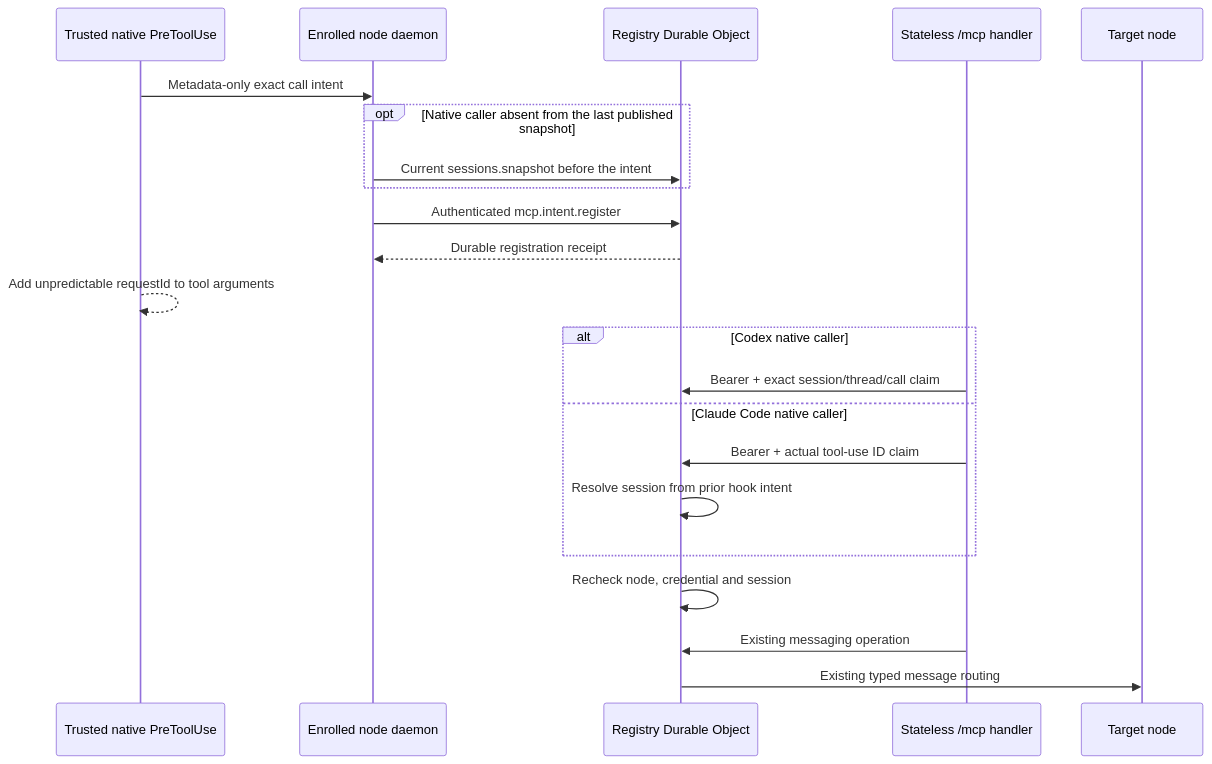
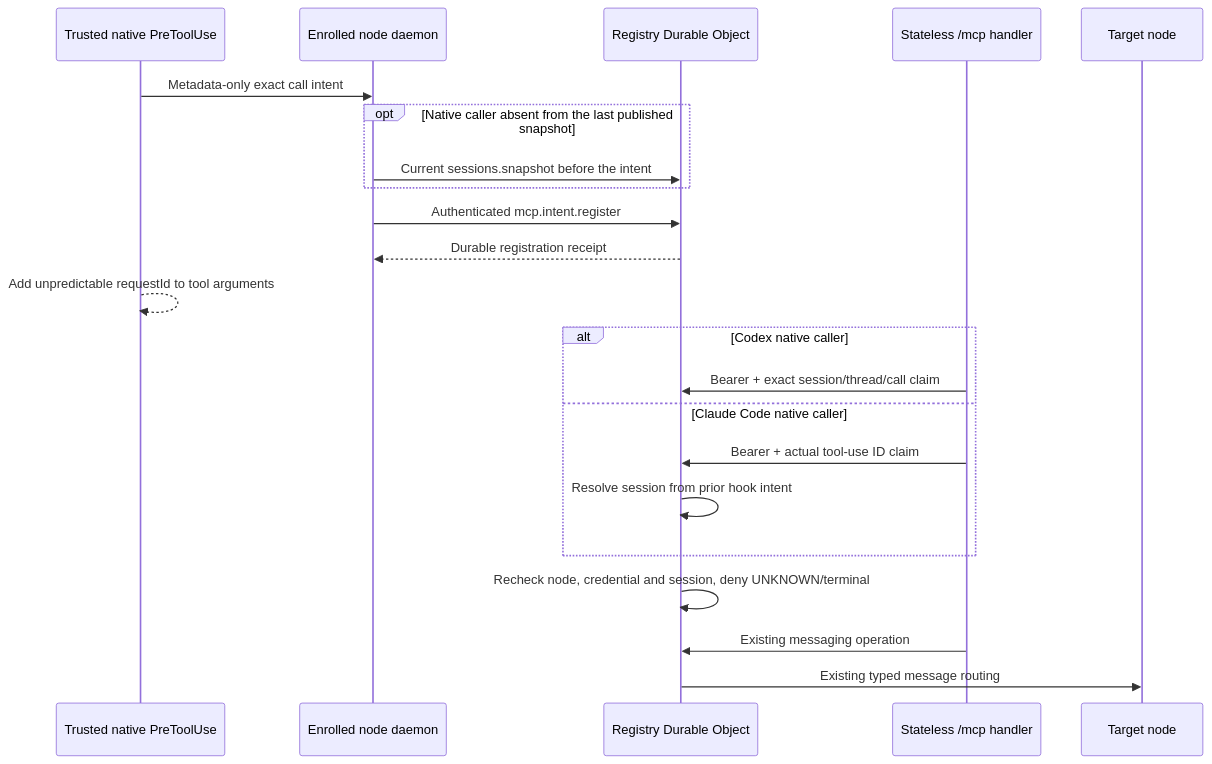
One commit to cfaysal/kherep changed the diagram in modules/control-plane/MCP.md. Above: the diagram before and after it, drawn with Mermaid. The commit also changed 34 other files, not shown here.

````diff
--- a/modules/control-plane/MCP.md
+++ b/modules/control-plane/MCP.md
@@ -7,24 +7,24 @@
 ```mermaid
 sequenceDiagram
     participant Hook as Trusted native PreToolUse
     participant Node as Enrolled node daemon
     participant Registry as Registry Durable Object
     participant MCP as Stateless /mcp handler
     participant Peer as Target node
     Hook->>Node: Metadata-only exact call intent
     opt Native caller absent from the last published snapshot
         Node->>Registry: Current sessions.snapshot before the intent
     end
     Node->>Registry: Authenticated mcp.intent.register
     Registry-->>Node: Durable registration receipt
     Hook-->>Hook: Add unpredictable requestId to tool arguments
     alt Codex native caller
         MCP->>Registry: Bearer + exact session/thread/call claim
     else Claude Code native caller
         MCP->>Registry: Bearer + actual tool-use ID claim
         Registry->>Registry: Resolve session from prior hook intent
     end
-    Registry->>Registry: Recheck node, credential and session
+    Registry->>Registry: Recheck node, credential and session, deny UNKNOWN/terminal
     MCP->>Registry: Existing messaging operation
     Registry->>Peer: Existing typed message routing
 ```
````
